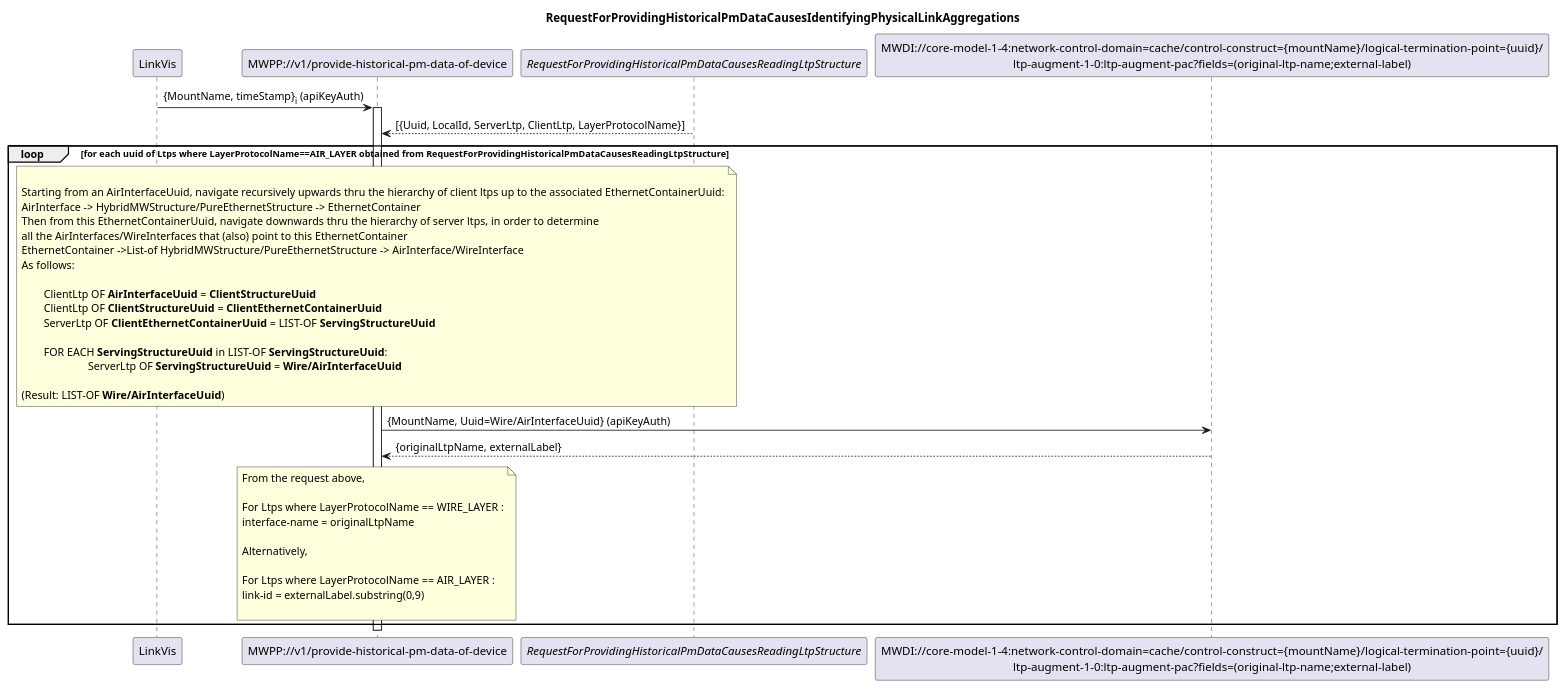
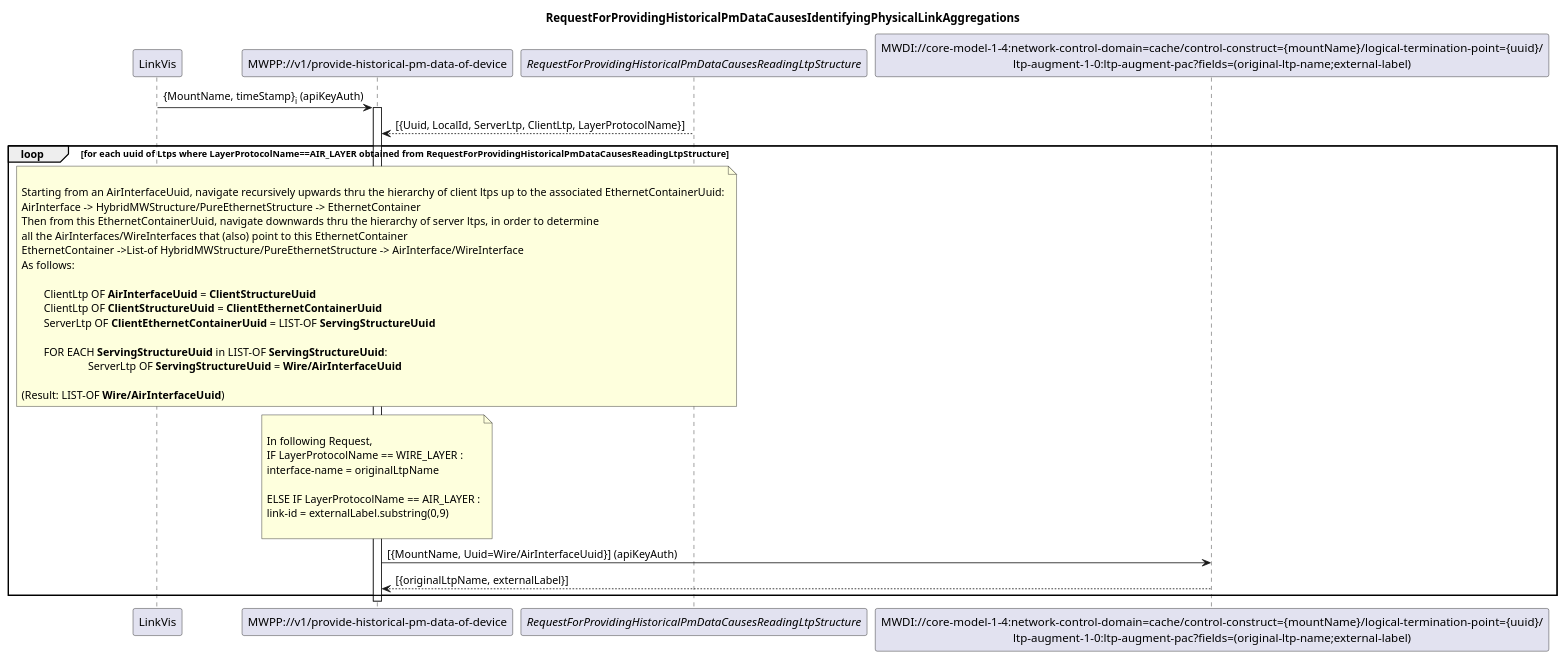
The diagram in spec/diagrams/002_IdentifyingPhysicalLinkAggregations.plantuml (openBackhaul/MicroWavePerformanceProxy), drawn with PlantUML before and after one commit. The commit also changed 15 other files, not shown here.

Commit message:
Add improvements in diagrams

```diff
--- a/spec/diagrams/002_IdentifyingPhysicalLinkAggregations.plantuml
+++ b/spec/diagrams/002_IdentifyingPhysicalLinkAggregations.plantuml
@@ -1,58 +1,56 @@
 @startuml 002_IdentifyingPhysicalLinkAggregations
 skinparam responseMessageBelowArrow true
 
 title
 RequestForProvidingHistoricalPmDataCausesIdentifyingPhysicalLinkAggregations
 end title
 
 participant "LinkVis" as LinkVis
 participant "MWPP://v1/provide-historical-pm-data-of-device" as MWPP
 participant "<i>RequestForProvidingHistoricalPmDataCausesReadingLtpStructure</i>" as LTPs
 participant "MWDI://core-model-1-4:network-control-domain=cache/control-construct={mountName}/logical-termination-point={uuid}/\nltp-augment-1-0:ltp-augment-pac?fields=(original-ltp-name;external-label)" as LtpDesignation
 
 LinkVis -> MWPP: {MountName, timeStamp}<sub>i</sub> (apiKeyAuth)
 activate MWPP
 
 LTPs --> MWPP: [{Uuid, LocalId, ServerLtp, ClientLtp, LayerProtocolName}]
 
 loop for each uuid of Ltps where LayerProtocolName==AIR_LAYER obtained from RequestForProvidingHistoricalPmDataCausesReadingLtpStructure
 
 	note over MWPP
 
 	Starting from an AirInterfaceUuid, navigate recursively upwards thru the hierarchy of client ltps up to the associated EthernetContainerUuid:
 	AirInterface -> HybridMWStructure/PureEthernetStructure -> EthernetContainer
 	Then from this EthernetContainerUuid, navigate downwards thru the hierarchy of server ltps, in order to determine 
 	all the AirInterfaces/WireInterfaces that (also) point to this EthernetContainer
 	EthernetContainer ->List-of HybridMWStructure/PureEthernetStructure -> AirInterface/WireInterface
 	As follows:
 
 		ClientLtp OF **AirInterfaceUuid** = **ClientStructureUuid** 
 		ClientLtp OF **ClientStructureUuid** = **ClientEthernetContainerUuid**
 		ServerLtp OF **ClientEthernetContainerUuid** = LIST-OF **ServingStructureUuid**	
 
 		FOR EACH **ServingStructureUuid** in LIST-OF **ServingStructureUuid**:	
 				ServerLtp OF **ServingStructureUuid** = **Wire/AirInterfaceUuid**
 
 	(Result: LIST-OF **Wire/AirInterfaceUuid**)
 	end note
 
-	MWPP -> LtpDesignation: {MountName, Uuid=Wire/AirInterfaceUuid} (apiKeyAuth)
-	LtpDesignation --> MWPP: {originalLtpName, externalLabel}
-
 	note over MWPP
-	From the request above,
-
-	For Ltps where LayerProtocolName == WIRE_LAYER :
+	
+	In following Request,
+	IF LayerProtocolName == WIRE_LAYER :
 	interface-name = originalLtpName 
 
-	Alternatively,
-
-	For Ltps where LayerProtocolName == AIR_LAYER :
+	ELSE IF LayerProtocolName == AIR_LAYER :
 	link-id = externalLabel.substring(0,9)
 
 	end note
+
+	MWPP -> LtpDesignation: [{MountName, Uuid=Wire/AirInterfaceUuid}] (apiKeyAuth)
+	LtpDesignation --> MWPP: [{originalLtpName, externalLabel}]
 
 end
 deactivate MWPP
 
 @enduml
```
